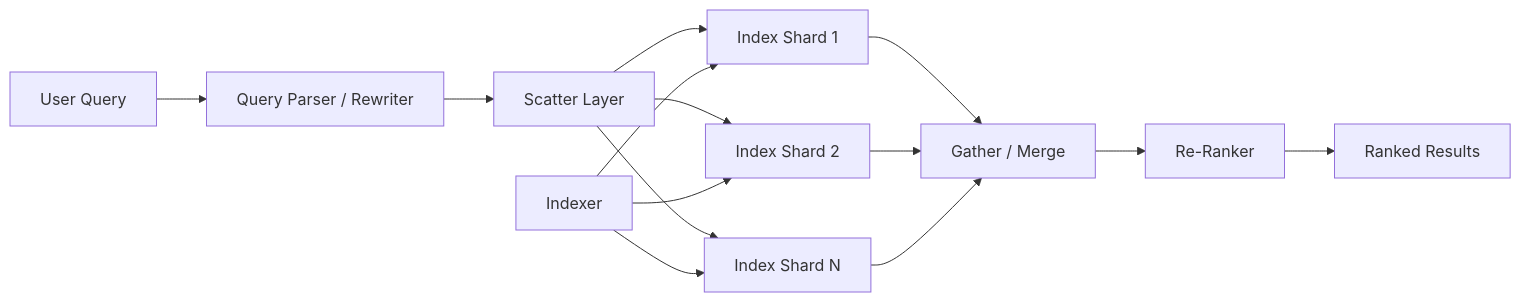
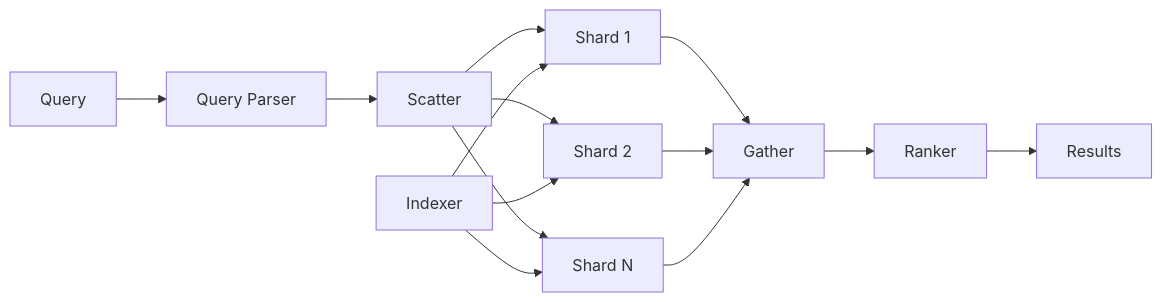
Before and after one commit to huangsam/systology: the diagram in site/content/designs/search-retrieval.md, drawn with Mermaid. The commit also changed 8 other files, not shown here.

Commit message:
Shorten names of mermaid items

```diff
--- a/site/content/designs/search-retrieval.md
+++ b/site/content/designs/search-retrieval.md
@@ -22,16 +22,16 @@
 {{< mermaid >}}
 graph LR
-  Query[User Query] --> QP[Query Parser / Rewriter]
-  QP --> Scatter[Scatter Layer]
-  Scatter --> Shard1[Index Shard 1]
-  Scatter --> Shard2[Index Shard 2]
-  Scatter --> ShardN[Index Shard N]
-  Shard1 --> Gather[Gather / Merge]
+  Query --> QP[Query Parser]
+  QP --> Scatter
+  Scatter --> Shard1[Shard 1]
+  Scatter --> Shard2[Shard 2]
+  Scatter --> ShardN[Shard N]
+  Shard1 --> Gather
   Shard2 --> Gather
   ShardN --> Gather
-  Gather --> Ranker[Re-Ranker]
-  Ranker --> Results[Ranked Results]
-  Indexer[Indexer] --> Shard1
+  Gather --> Ranker
+  Ranker --> Results
+  Indexer --> Shard1
   Indexer --> Shard2
   Indexer --> ShardN
 {{< /mermaid >}}
```
